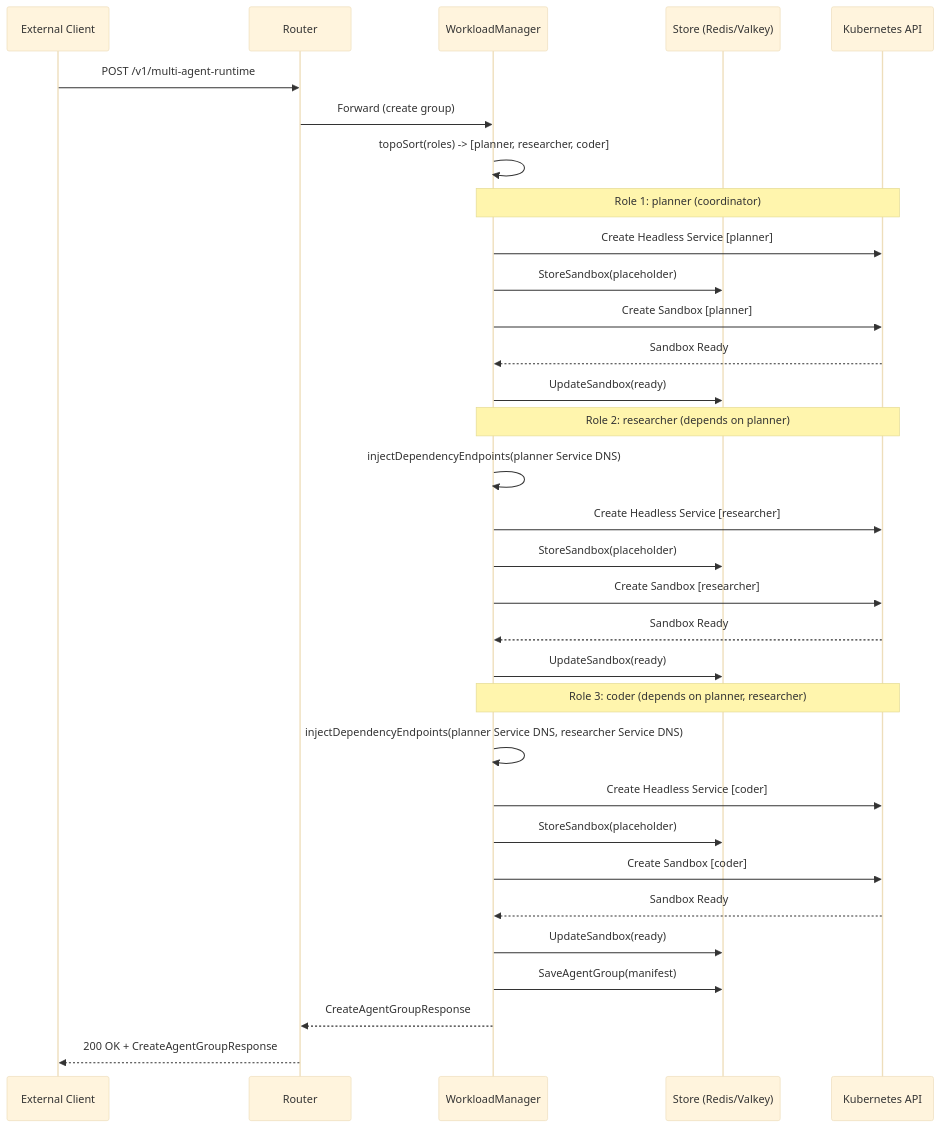
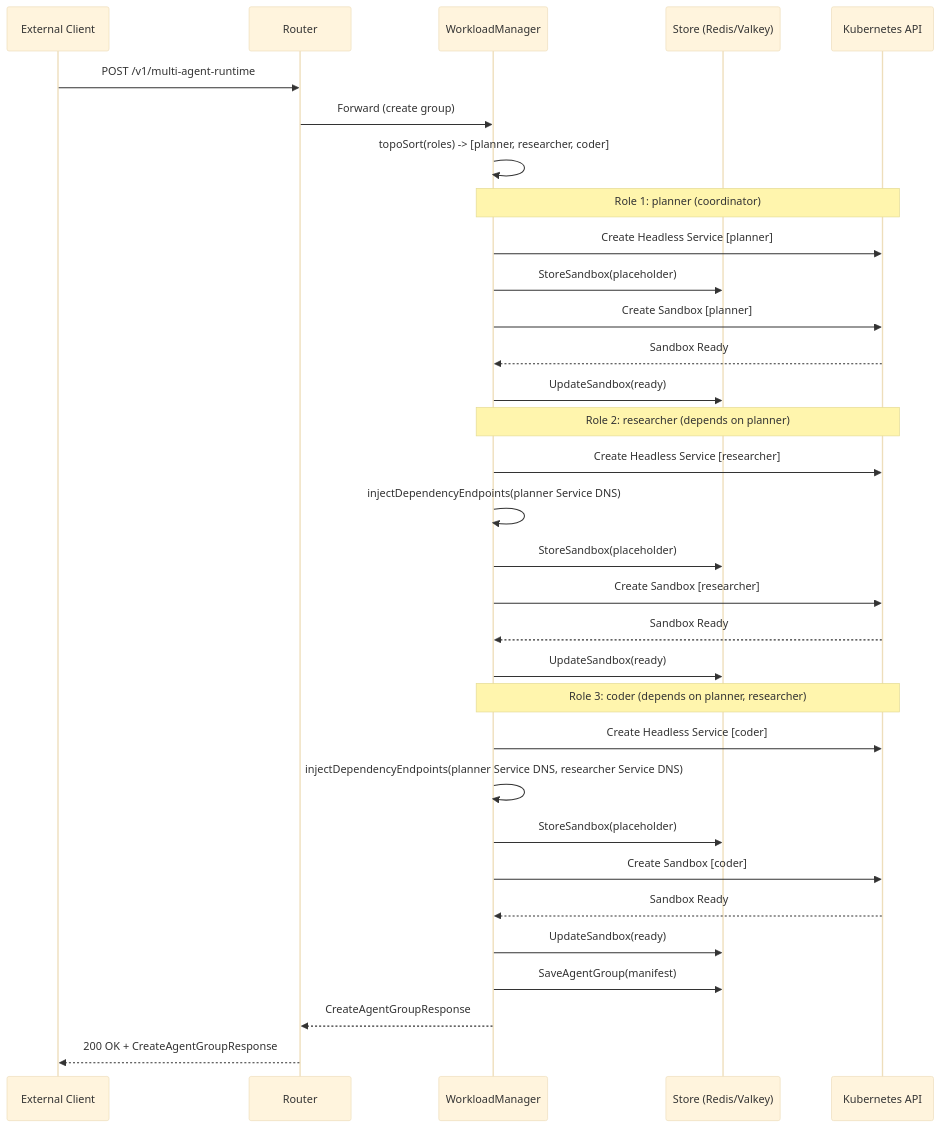
One commit to volcano-sh/agentcube changed the second of 2 diagrams in docs/design/multi-agent-runtime-proposal.md. Above: the diagram before and after it, drawn with Mermaid (base theme). The commit also changed other lines of this file, not shown here.

Commit message:
docs: correct sequence diagram order and sandbox type reference

````diff
--- a/docs/design/multi-agent-runtime-proposal.md
+++ b/docs/design/multi-agent-runtime-proposal.md
@@ -459,39 +459,39 @@
 ```mermaid
 sequenceDiagram
     participant Client as External Client
     participant Router as Router
     participant WM as WorkloadManager
     participant Store as Store (Redis/Valkey)
     participant K8s as Kubernetes API
 
     Client->>Router: POST /v1/multi-agent-runtime
     Router->>WM: Forward (create group)
     WM->>WM: topoSort(roles) -> [planner, researcher, coder]
 
     Note over WM, K8s: Role 1: planner (coordinator)
     WM->>K8s: Create Headless Service [planner]
     WM->>Store: StoreSandbox(placeholder)
     WM->>K8s: Create Sandbox [planner]
     K8s-->>WM: Sandbox Ready
     WM->>Store: UpdateSandbox(ready)
 
     Note over WM, K8s: Role 2: researcher (depends on planner)
+    WM->>K8s: Create Headless Service [researcher]
     WM->>WM: injectDependencyEndpoints(planner Service DNS)
-    WM->>K8s: Create Headless Service [researcher]
     WM->>Store: StoreSandbox(placeholder)
     WM->>K8s: Create Sandbox [researcher]
     K8s-->>WM: Sandbox Ready
     WM->>Store: UpdateSandbox(ready)
 
     Note over WM, K8s: Role 3: coder (depends on planner, researcher)
+    WM->>K8s: Create Headless Service [coder]
     WM->>WM: injectDependencyEndpoints(planner Service DNS, researcher Service DNS)
-    WM->>K8s: Create Headless Service [coder]
     WM->>Store: StoreSandbox(placeholder)
     WM->>K8s: Create Sandbox [coder]
     K8s-->>WM: Sandbox Ready
     WM->>Store: UpdateSandbox(ready)
 
     WM->>Store: SaveAgentGroup(manifest)
     WM-->>Router: CreateAgentGroupResponse
     Router-->>Client: 200 OK + CreateAgentGroupResponse
 ```
````
